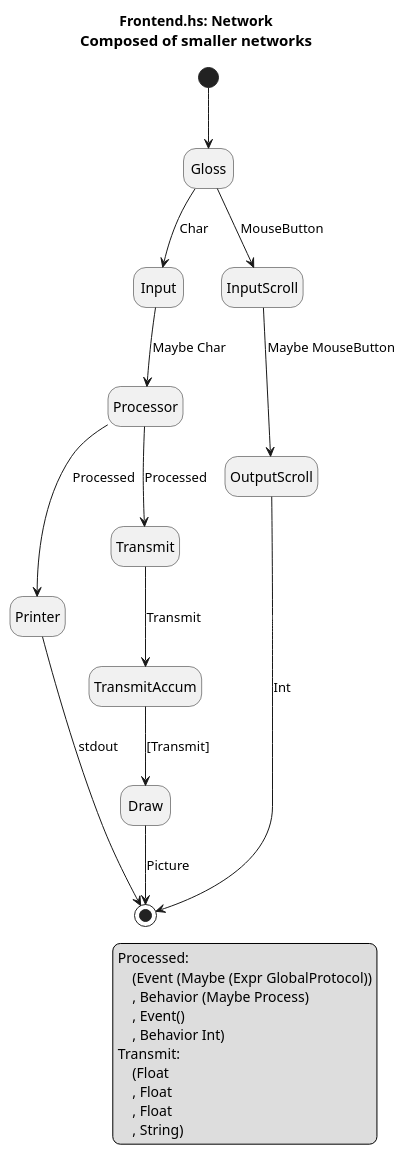
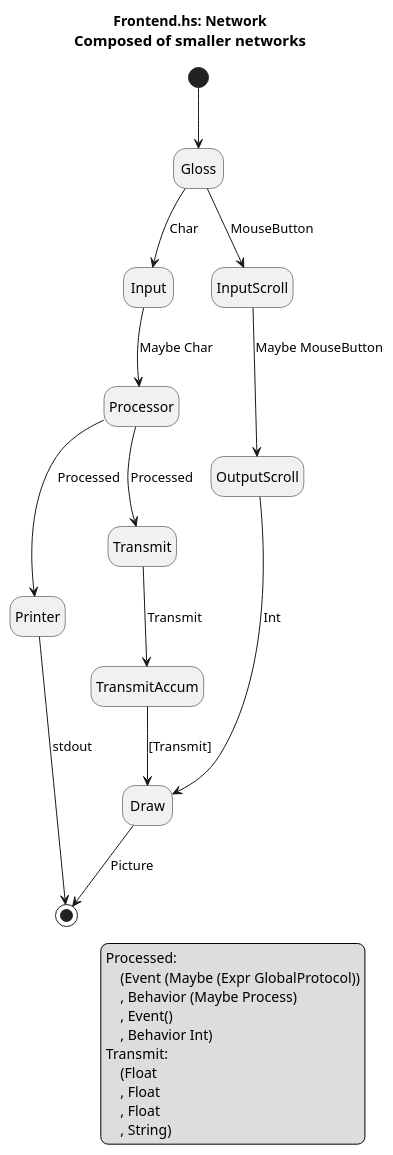
Before and after one commit to DistriLab/msess-visualizer: the diagram in ecce/network.pu, drawn with PlantUML.

Commit message:
Pipe OutputScroll to Draw in UML

```diff
--- a/ecce/network.pu
+++ b/ecce/network.pu
@@ -1,36 +1,36 @@
 @startuml
 
 hide empty description
 
 title Frontend.hs: Network\n<size:15>Composed of smaller networks</size>
 
 [*] --> Gloss
 Processor --> Printer: Processed
 
 Gloss --> Input: Char
 Input --> Processor: Maybe Char
 Processor --> Transmit: Processed
 Transmit --> TransmitAccum: Transmit
 TransmitAccum --> Draw: [Transmit]
 
 Gloss --> InputScroll: MouseButton
 InputScroll --> OutputScroll: Maybe MouseButton
+OutputScroll --> Draw: Int
 
 Draw --> [*]: Picture
-OutputScroll --> [*]: Int
 Printer --> [*]: stdout
 
 legend right
     Processed:
         (Event (Maybe (Expr GlobalProtocol))
         , Behavior (Maybe Process)
         , Event()
         , Behavior Int)
     Transmit:
         (Float
         , Float
         , Float
         , String)
 endlegend
 
 @enduml
```
